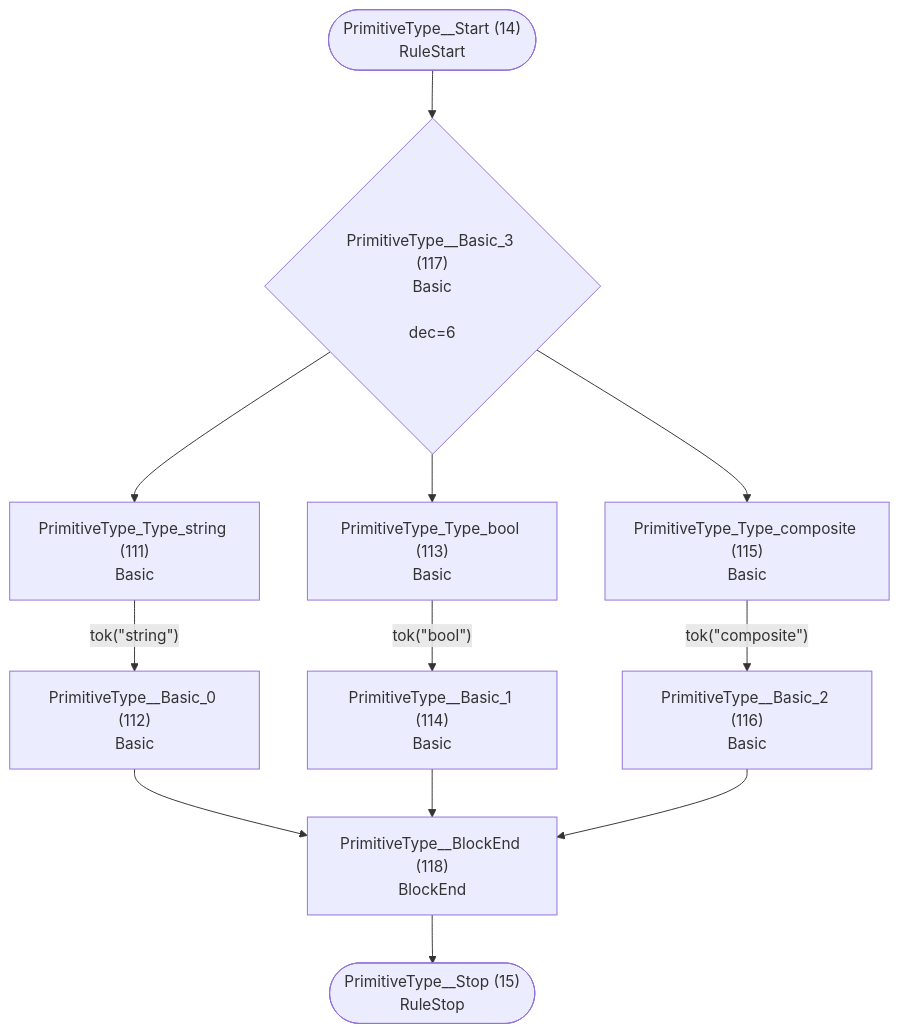
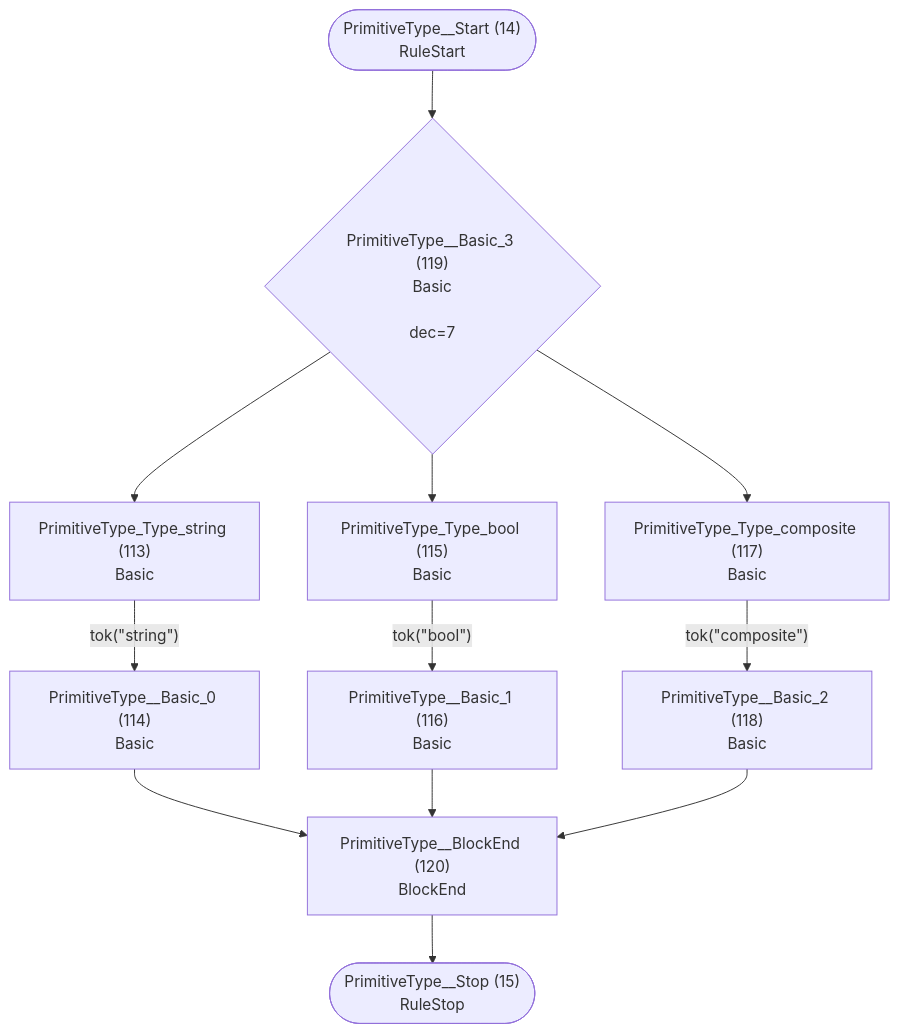
The eighth of 26 diagrams in internal/grammar/atn.md (TypeFox/fastbelt), drawn with Mermaid before and after one commit. The commit also changed other lines of this file and 25 other files, not shown here.

````diff
--- a/internal/grammar/atn.md
+++ b/internal/grammar/atn.md
@@ -204,25 +209,25 @@
 ```mermaid
 flowchart TD
     q14(["PrimitiveType__Start (14)<br/>RuleStart"])
     q15(["PrimitiveType__Stop (15)<br/>RuleStop"])
-    q111["PrimitiveType_Type_string (111)<br/>Basic<br/>"]
-    q112["PrimitiveType__Basic_0 (112)<br/>Basic<br/>"]
-    q113["PrimitiveType_Type_bool (113)<br/>Basic<br/>"]
-    q114["PrimitiveType__Basic_1 (114)<br/>Basic<br/>"]
-    q115["PrimitiveType_Type_composite (115)<br/>Basic<br/>"]
-    q116["PrimitiveType__Basic_2 (116)<br/>Basic<br/>"]
-    q117{"PrimitiveType__Basic_3 (117)<br/>Basic<br/><br/>dec=6"}
-    q118["PrimitiveType__BlockEnd (118)<br/>BlockEnd<br/>"]
+    q113["PrimitiveType_Type_string (113)<br/>Basic<br/>"]
+    q114["PrimitiveType__Basic_0 (114)<br/>Basic<br/>"]
+    q115["PrimitiveType_Type_bool (115)<br/>Basic<br/>"]
+    q116["PrimitiveType__Basic_1 (116)<br/>Basic<br/>"]
+    q117["PrimitiveType_Type_composite (117)<br/>Basic<br/>"]
+    q118["PrimitiveType__Basic_2 (118)<br/>Basic<br/>"]
+    q119{"PrimitiveType__Basic_3 (119)<br/>Basic<br/><br/>dec=7"}
+    q120["PrimitiveType__BlockEnd (120)<br/>BlockEnd<br/>"]
 
-    q14 --> q117
-    q111 -->|"tok(&quot;string&quot;)"| q112
-    q112 --> q118
-    q113 -->|"tok(&quot;bool&quot;)"| q114
-    q114 --> q118
-    q115 -->|"tok(&quot;composite&quot;)"| q116
-    q116 --> q118
-    q117 --> q111
-    q117 --> q113
-    q117 --> q115
-    q118 --> q15
+    q14 --> q119
+    q113 -->|"tok(&quot;string&quot;)"| q114
+    q114 --> q120
+    q115 -->|"tok(&quot;bool&quot;)"| q116
+    q116 --> q120
+    q117 -->|"tok(&quot;composite&quot;)"| q118
+    q118 --> q120
+    q119 --> q113
+    q119 --> q115
+    q119 --> q117
+    q120 --> q15
 ```
````
